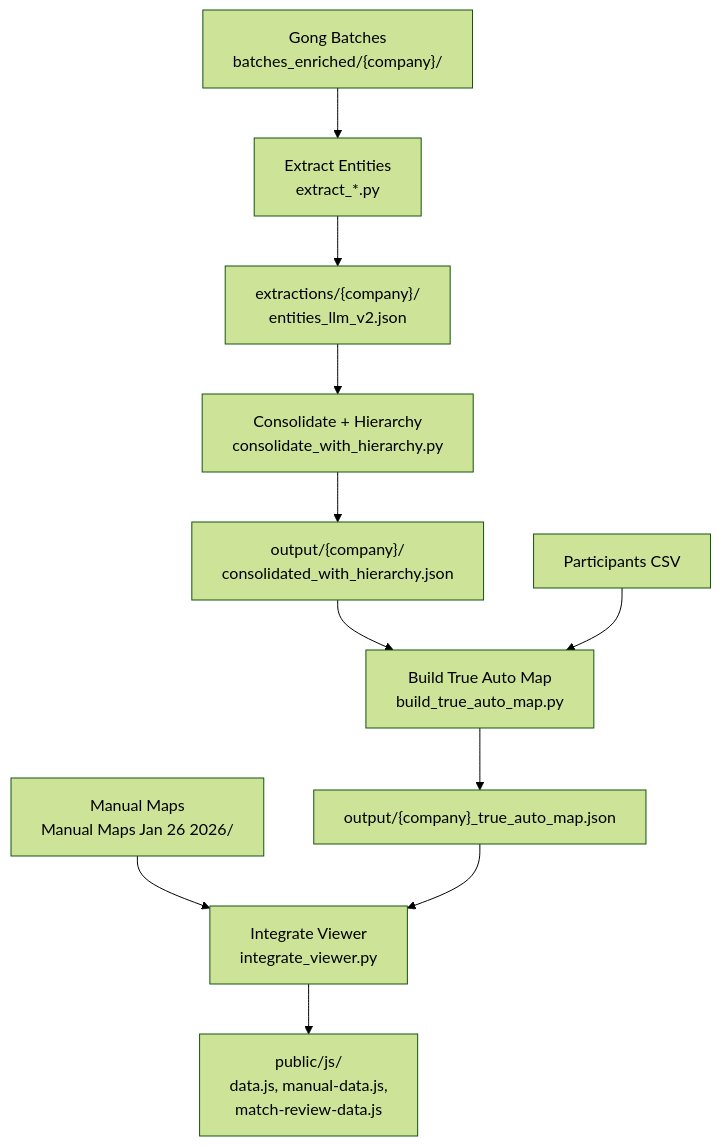
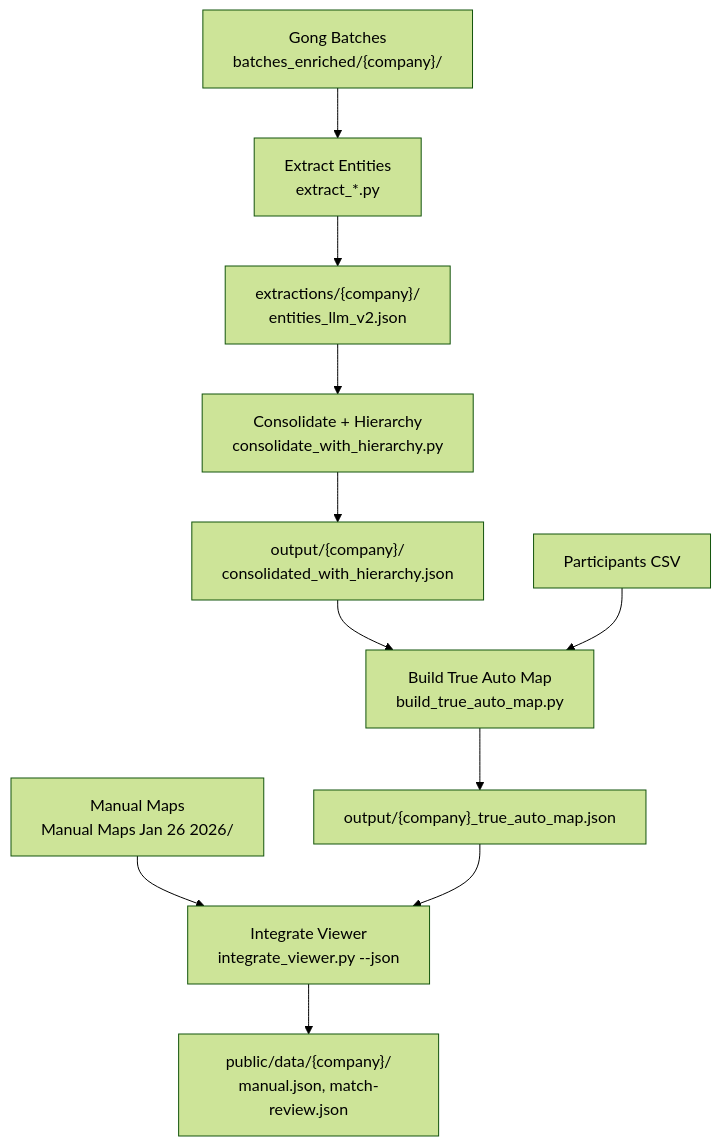
One commit to dcamposbiorender/gong-org-viewer-static changed the diagram in docs/architecture.md. Above: the diagram before and after it, drawn with Mermaid (forest theme). The commit also changed other lines of this file, not shown here.

Commit message:
docs: Update CLAUDE.md and architecture.md for Next.js rebuild

````diff
--- a/docs/architecture.md
+++ b/docs/architecture.md
@@ -11,13 +13,13 @@
 ```mermaid
 graph TD
     A["Gong Batches<br/>batches_enriched/{company}/"] --> B["Extract Entities<br/>extract_*.py"]
     B --> C["extractions/{company}/<br/>entities_llm_v2.json"]
     C --> D["Consolidate + Hierarchy<br/>consolidate_with_hierarchy.py"]
     D --> E["output/{company}/<br/>consolidated_with_hierarchy.json"]
     E --> F["Build True Auto Map<br/>build_true_auto_map.py"]
     F --> G["output/{company}_true_auto_map.json"]
-    H["Manual Maps<br/>Manual Maps Jan 26 2026/"] --> I["Integrate Viewer<br/>integrate_viewer.py"]
+    H["Manual Maps<br/>Manual Maps Jan 26 2026/"] --> I["Integrate Viewer<br/>integrate_viewer.py --json"]
     G --> I
     J["Participants CSV"] --> F
-    I --> K["public/js/<br/>data.js, manual-data.js,<br/>match-review-data.js"]
+    I --> K["public/data/{company}/<br/>manual.json, match-review.json"]
 ```
````
